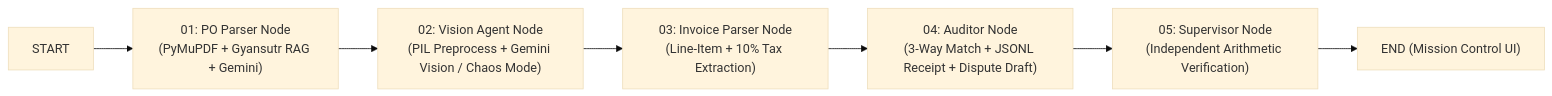
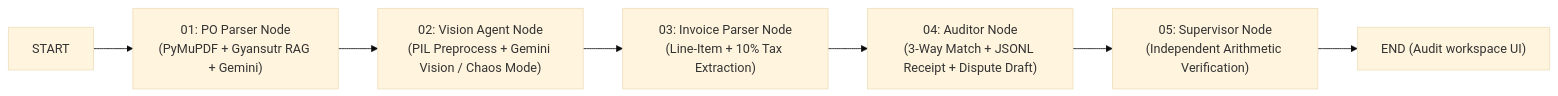
The diagram in README.md (Auenchanters/SYNCHRON-Overlord), drawn with Mermaid (base theme) before and after one commit. The commit also changed other lines of this file and 4 other files, not shown here.

First line of the commit message:
feat: redesign UI as a ledger-style audit workspace

````diff
--- a/README.md
+++ b/README.md
@@ -22,9 +22,9 @@
 ```mermaid
 flowchart LR
     A["START"] --> B["01: PO Parser Node<br/>(PyMuPDF + Gyansutr RAG + Gemini)"]
     B --> C["02: Vision Agent Node<br/>(PIL Preprocess + Gemini Vision / Chaos Mode)"]
     C --> D["03: Invoice Parser Node<br/>(Line-Item + 10% Tax Extraction)"]
     D --> E["04: Auditor Node<br/>(3-Way Match + JSONL Receipt + Dispute Draft)"]
     E --> F["05: Supervisor Node<br/>(Independent Arithmetic Verification)"]
-    F --> G["END (Mission Control UI)"]
+    F --> G["END (Audit workspace UI)"]
 ```
````
